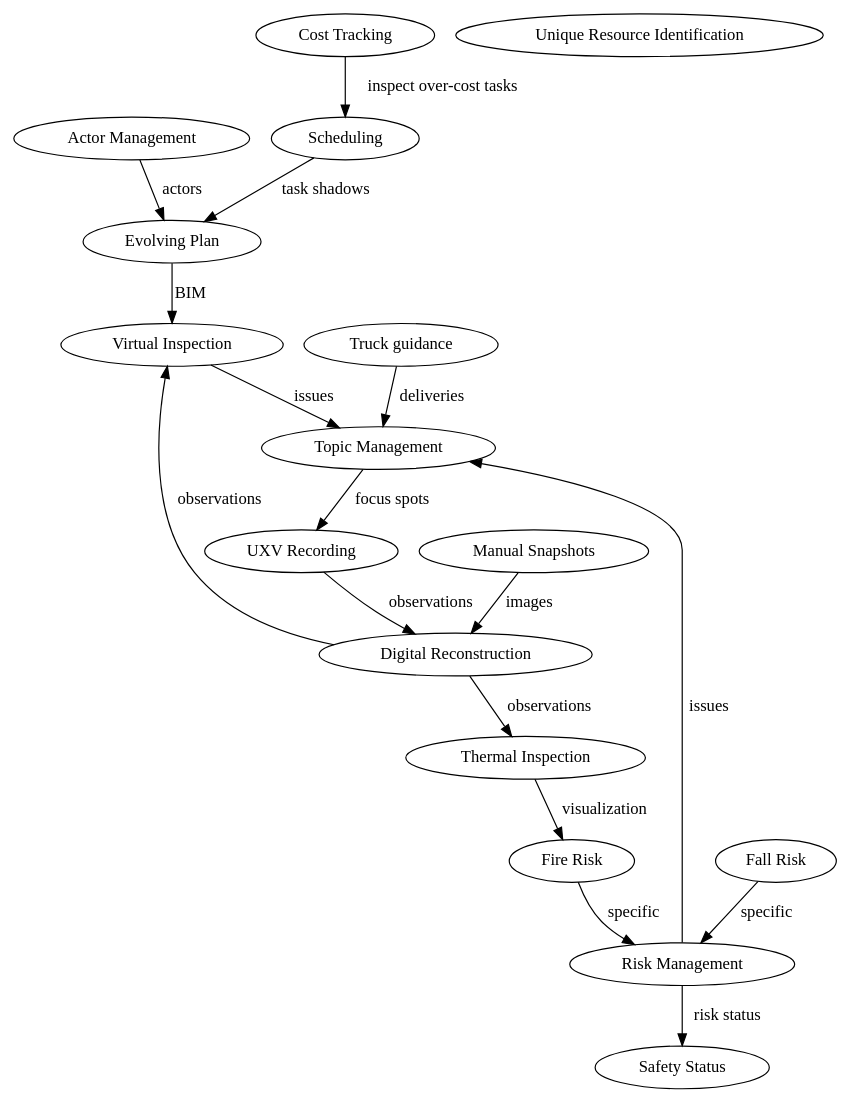
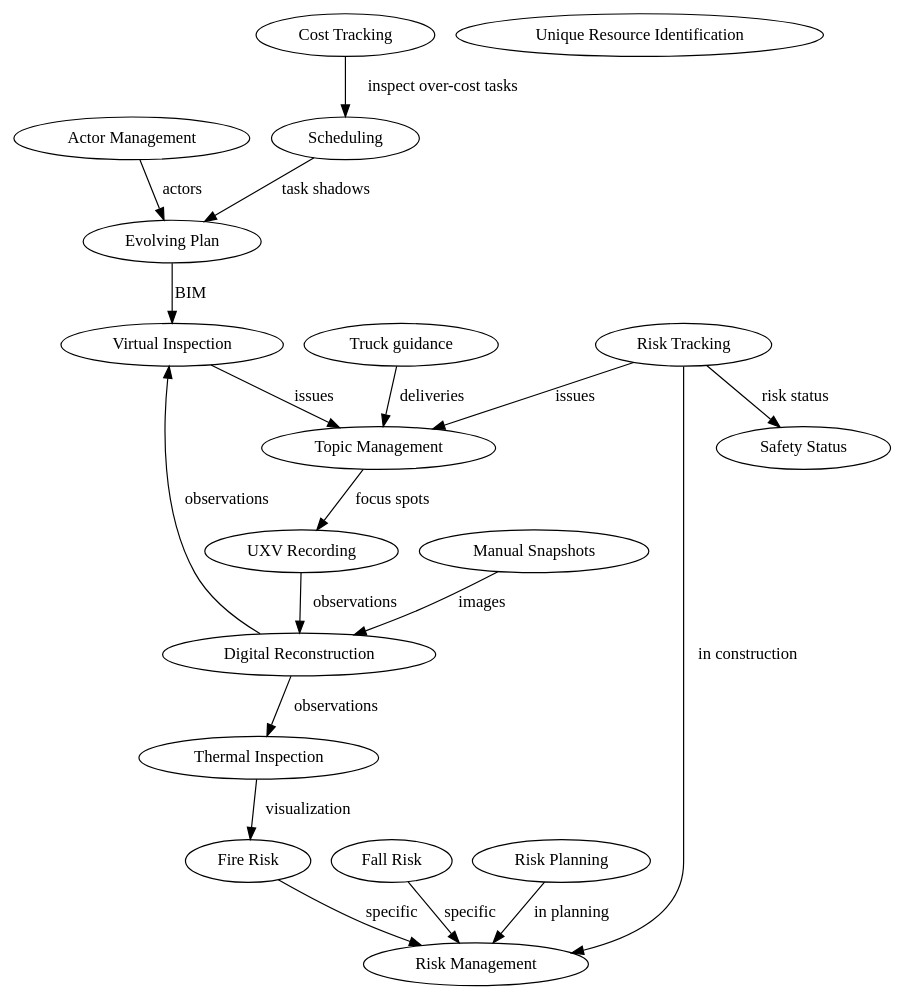
Before and after one commit to mristin/bimprove-scenarios: the diagram in ontology.dot, drawn with Graphviz. The commit also changed 23 other files, not shown here.

```diff
--- a/ontology.dot
+++ b/ontology.dot
@@ -1,37 +1,41 @@
 digraph G {
     node0 [href="actor_management/scenario.html", label="Actor Management"]
     node1 [href="cost_tracking/scenario.html", label="Cost Tracking"]
     node2 [href="digital_reconstruction/scenario.html", label="Digital Reconstruction"]
     node3 [href="evolving_plan/scenario.html", label="Evolving Plan"]
     node4 [href="fall_risk/scenario.html", label="Fall Risk"]
     node5 [href="fire_risk/scenario.html", label="Fire Risk"]
     node6 [href="manual_snapshots/scenario.html", label="Manual Snapshots"]
     node7 [href="risk_management/scenario.html", label="Risk Management"]
-    node8 [href="safety_status/scenario.html", label="Safety Status"]
-    node9 [href="scheduling/scenario.html", label="Scheduling"]
-    node10 [href="thermal_inspection/scenario.html", label="Thermal Inspection"]
-    node11 [href="topic_management/scenario.html", label="Topic Management"]
-    node12 [href="truck_guidance/scenario.html", label="Truck guidance"]
-    node13 [href="unique_resource_identification/scenario.html", label="Unique Resource Identification"]
-    node14 [href="uxv_recording/scenario.html", label="UXV Recording"]
-    node15 [href="virtual_inspection/scenario.html", label="Virtual Inspection"]
+    node8 [href="risk_planning/scenario.html", label="Risk Planning"]
+    node9 [href="risk_tracking/scenario.html", label="Risk Tracking"]
+    node10 [href="safety_status/scenario.html", label="Safety Status"]
+    node11 [href="scheduling/scenario.html", label="Scheduling"]
+    node12 [href="thermal_inspection/scenario.html", label="Thermal Inspection"]
+    node13 [href="topic_management/scenario.html", label="Topic Management"]
+    node14 [href="truck_guidance/scenario.html", label="Truck guidance"]
+    node15 [href="unique_resource_identification/scenario.html", label="Unique Resource Identification"]
+    node16 [href="uxv_recording/scenario.html", label="UXV Recording"]
+    node17 [href="virtual_inspection/scenario.html", label="Virtual Inspection"]
 
     
     node0 -> node3 [label="actors"]
-    node1 -> node9 [label="inspect over-cost tasks"]
-    node2 -> node15 [label="observations"]
-    node2 -> node10 [label="observations"]
-    node3 -> node15 [label="BIM"]
+    node1 -> node11 [label="inspect over-cost tasks"]
+    node2 -> node17 [label="observations"]
+    node2 -> node12 [label="observations"]
+    node3 -> node17 [label="BIM"]
     node4 -> node7 [label="specific"]
     node5 -> node7 [label="specific"]
     node6 -> node2 [label="images"]
-    node7 -> node11 [label="issues"]
-    node7 -> node8 [label="risk status"]
-    node9 -> node3 [label="task shadows"]
-    node10 -> node5 [label="visualization"]
-    node11 -> node14 [label="focus spots"]
-    node12 -> node11 [label="deliveries"]
-    node14 -> node2 [label="observations"]
-    node15 -> node11 [label="issues"]
+    node8 -> node7 [label="in planning"]
+    node9 -> node7 [label="in construction"]
+    node9 -> node13 [label="issues"]
+    node9 -> node10 [label="risk status"]
+    node11 -> node3 [label="task shadows"]
+    node12 -> node5 [label="visualization"]
+    node13 -> node16 [label="focus spots"]
+    node14 -> node13 [label="deliveries"]
+    node16 -> node2 [label="observations"]
+    node17 -> node13 [label="issues"]
 
 }
```
